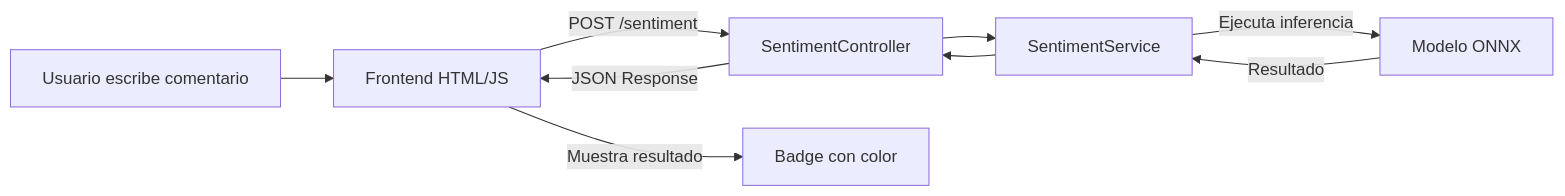
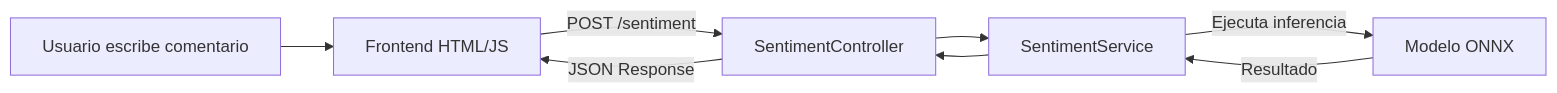
Before and after one commit to XxGhoulPr0xX/SentimentAPI-Equipo31: the diagram in README.md, drawn with Mermaid.

````diff
--- a/README.md
+++ b/README.md
@@ -35,11 +35,10 @@
 ```mermaid
 flowchart LR
     A[Usuario escribe comentario] --> B[Frontend HTML/JS]
     B -->|POST /sentiment| C[SentimentController]
     C --> D[SentimentService]
     D -->|Ejecuta inferencia| E[Modelo ONNX]
     E -->|Resultado| D
     D --> C
     C -->|JSON Response| B
-    B -->|Muestra resultado| F[Badge con color]
 ```
````
